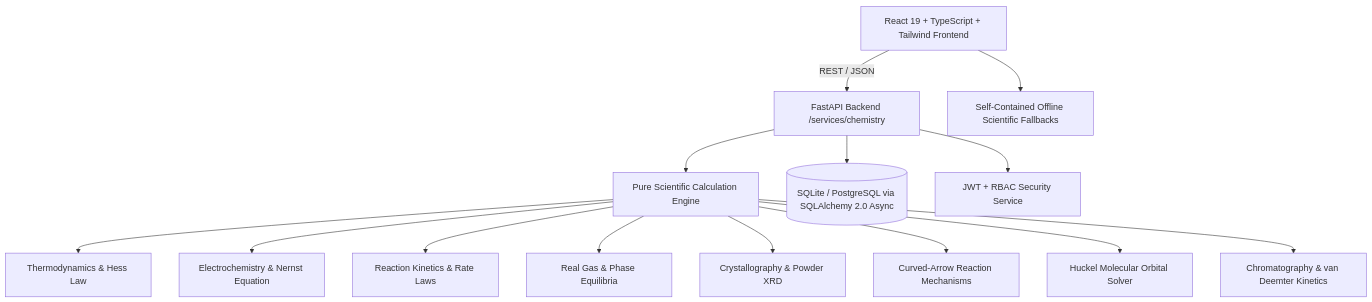
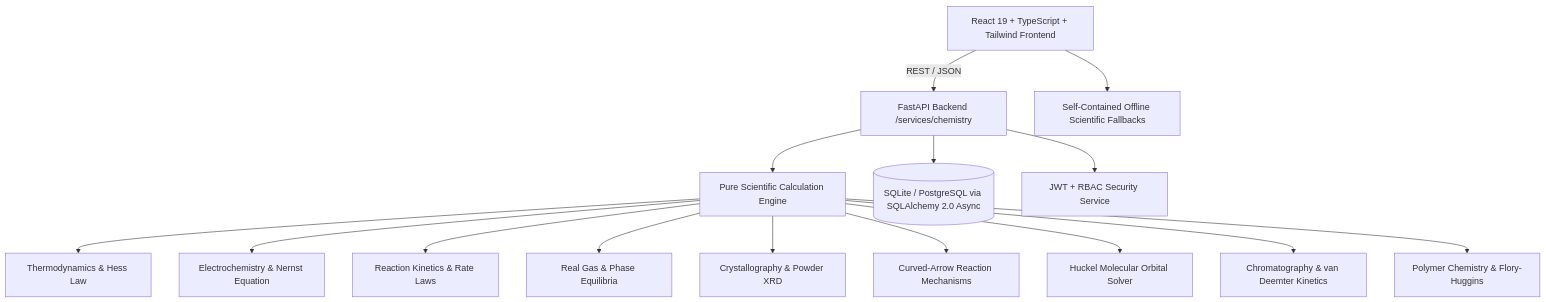
One commit to Gopi2870/Proton-pages changed the first of 2 diagrams in docs/PROJECT_COMPLETION_PLAN.md. Above: the diagram before and after it, drawn with Mermaid. The commit also changed other lines of this file, not shown here.

Commit message:
docs: update master completion plan with PR-033 polymer architecture and verified metrics

````diff
--- a/docs/PROJECT_COMPLETION_PLAN.md
+++ b/docs/PROJECT_COMPLETION_PLAN.md
@@ -17,16 +17,17 @@
 ```mermaid
 graph TD
     Client[React 19 + TypeScript + Tailwind Frontend] -->|REST / JSON| Gateway[FastAPI Backend /services/chemistry]
     Gateway --> ChemEngine[Pure Scientific Calculation Engine]
     Gateway --> DB[(SQLite / PostgreSQL via SQLAlchemy 2.0 Async)]
     Gateway --> Auth[JWT + RBAC Security Service]
     ChemEngine --> Thermo[Thermodynamics & Hess Law]
     ChemEngine --> Electro[Electrochemistry & Nernst Equation]
     ChemEngine --> Kinetics[Reaction Kinetics & Rate Laws]
     ChemEngine --> GasLaws[Real Gas & Phase Equilibria]
     ChemEngine --> Cryst[Crystallography & Powder XRD]
     ChemEngine --> Mech[Curved-Arrow Reaction Mechanisms]
     ChemEngine --> Quantum[Huckel Molecular Orbital Solver]
     ChemEngine --> Chrom[Chromatography & van Deemter Kinetics]
+    ChemEngine --> Poly[Polymer Chemistry & Flory-Huggins]
     Client --> ClientFallback[Self-Contained Offline Scientific Fallbacks]
 ```
````
